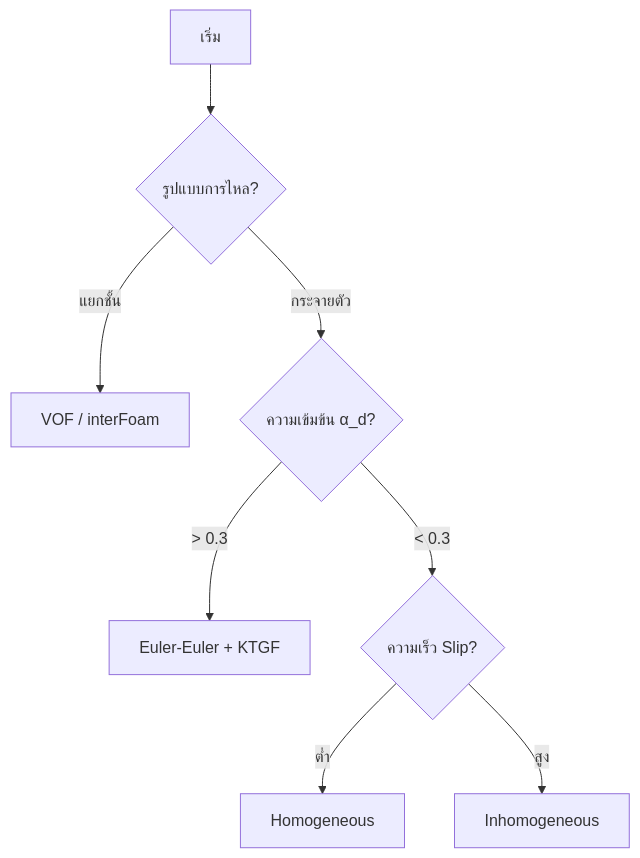
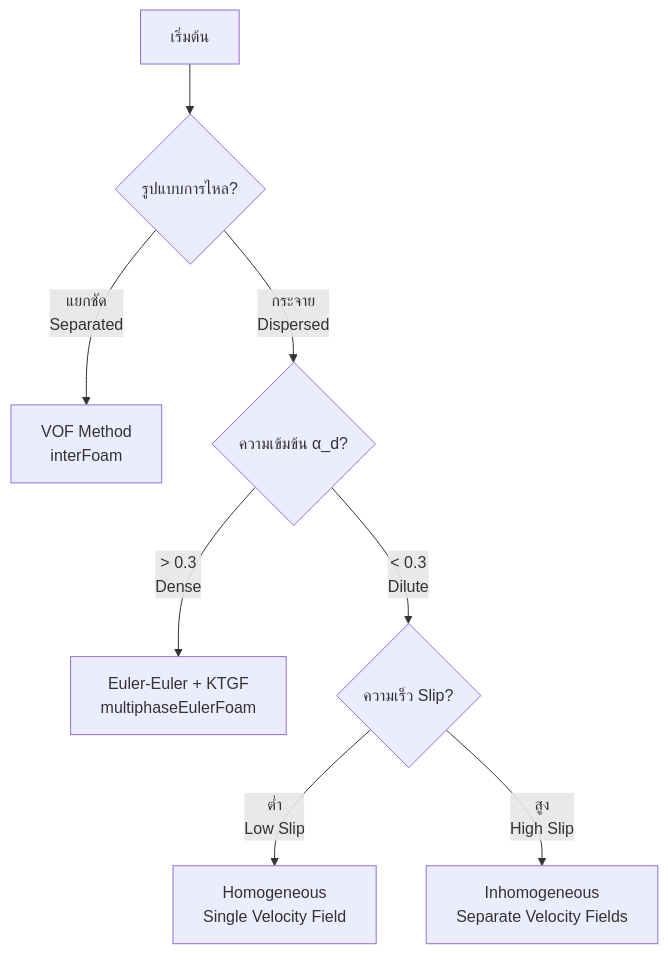
The first of 2 diagrams in MODULE_04_MULTIPHASE_FUNDAMENTALS/CONTENT/08_MODEL_SELECTION/01_Decision_Framework.md (wramet/build-my-cfd), drawn with Mermaid before and after one commit. The commit also changed other lines of this file and 297 other files, not shown here.

Commit message:
Add explanation under mermaid diagram

````diff
--- a/MODULE_04_MULTIPHASE_FUNDAMENTALS/CONTENT/08_MODEL_SELECTION/01_Decision_Framework.md
+++ b/MODULE_04_MULTIPHASE_FUNDAMENTALS/CONTENT/08_MODEL_SELECTION/01_Decision_Framework.md
@@ -40,10 +37,10 @@
 ```mermaid
 flowchart TD
-    A[เริ่ม] --> B{รูปแบบการไหล?}
-    B -->|แยกชั้น| C[VOF / interFoam]
-    B -->|กระจายตัว| D{ความเข้มข้น α_d?}
-    D -->|> 0.3| E[Euler-Euler + KTGF]
-    D -->|< 0.3| F{ความเร็ว Slip?}
-    F -->|ต่ำ| G[Homogeneous]
-    F -->|สูง| H[Inhomogeneous]
+    A[เริ่มต้น] --> B{รูปแบบการไหล?}
+    B -->|แยกชัด<br/>Separated| C[VOF Method<br/>interFoam]
+    B -->|กระจาย<br/>Dispersed| D{ความเข้มข้น α_d?}
+    D -->|> 0.3<br/>Dense| E[Euler-Euler + KTGF<br/>multiphaseEulerFoam]
+    D -->|< 0.3<br/>Dilute| F{ความเร็ว Slip?}
+    F -->|ต่ำ<br/>Low Slip| G[Homogeneous<br/>Single Velocity Field]
+    F -->|สูง<br/>High Slip| H[Inhomogeneous<br/>Separate Velocity Fields]
 ```
````
